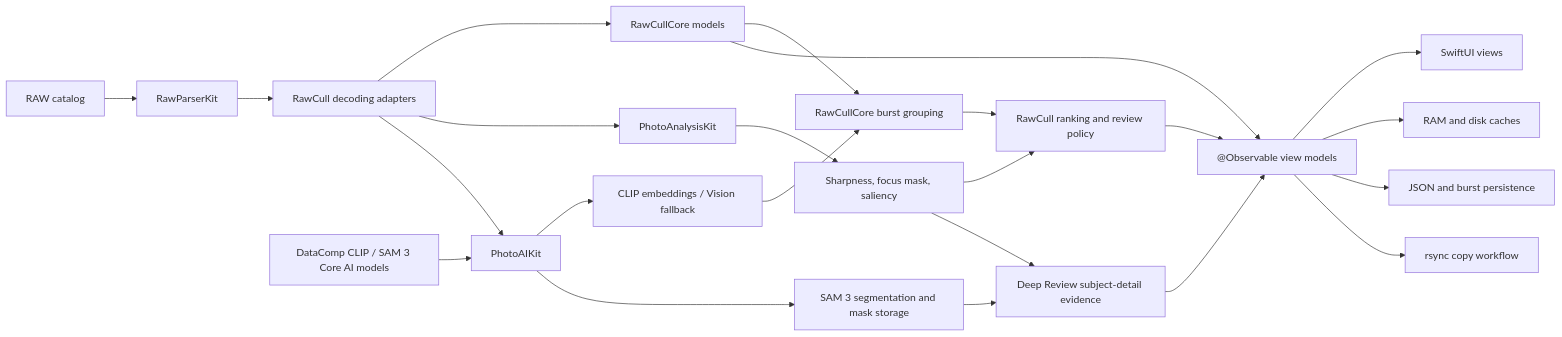
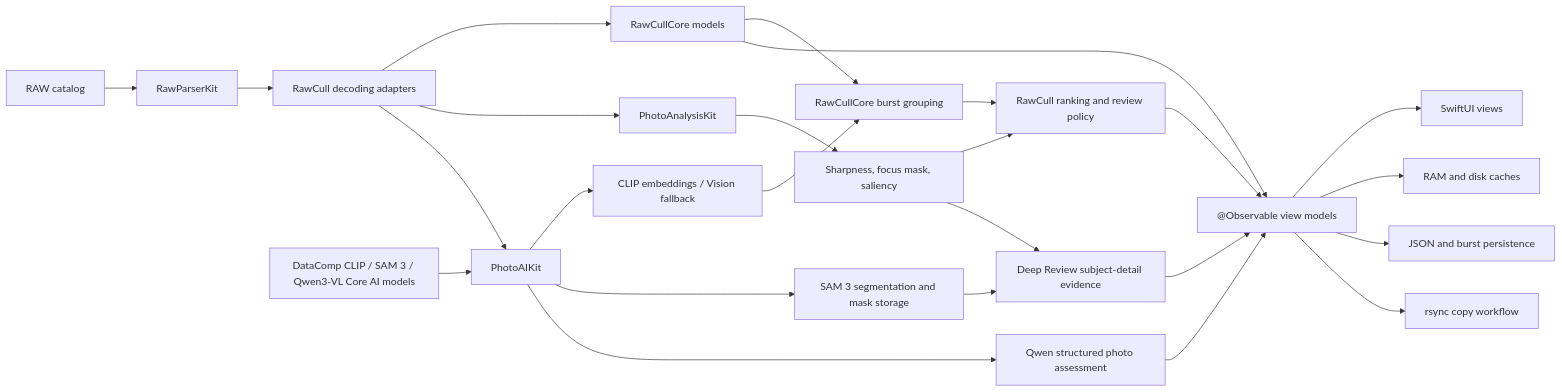
One commit to rsyncOSX/RawCull changed the first of 2 diagrams in README.md. Above: the diagram before and after it, drawn with Mermaid. The commit also changed other lines of this file, not shown here.

Commit message:
qwen and ai

````diff
--- a/README.md
+++ b/README.md
@@ -156,25 +186,27 @@
 ```mermaid
 flowchart LR
     Catalog["RAW catalog"] --> Parser["RawParserKit"]
     Parser --> Adapter["RawCull decoding adapters"]
     Adapter --> Domain["RawCullCore models"]
     Adapter --> Analysis["PhotoAnalysisKit"]
     Adapter --> PhotoAI["PhotoAIKit"]
-    Models["DataComp CLIP / SAM 3 Core AI models"] --> PhotoAI
+    Models["DataComp CLIP / SAM 3 / Qwen3-VL Core AI models"] --> PhotoAI
     Analysis --> Sharpness["Sharpness, focus mask, saliency"]
     PhotoAI --> Similarity["CLIP embeddings / Vision fallback"]
     PhotoAI --> Masks["SAM 3 segmentation and mask storage"]
+    PhotoAI --> Qwen["Qwen structured photo assessment"]
     Domain --> Bursts["RawCullCore burst grouping"]
     Similarity --> Bursts
     Sharpness --> Ranking["RawCull ranking and review policy"]
     Bursts --> Ranking
     Masks --> DeepReview["Deep Review subject-detail evidence"]
     Sharpness --> DeepReview
     Domain --> ViewModels["@Observable view models"]
     Ranking --> ViewModels
     DeepReview --> ViewModels
+    Qwen --> ViewModels
     ViewModels --> UI["SwiftUI views"]
     ViewModels --> Cache["RAM and disk caches"]
     ViewModels --> Persistence["JSON and burst persistence"]
     ViewModels --> Copy["rsync copy workflow"]
 ```
````
